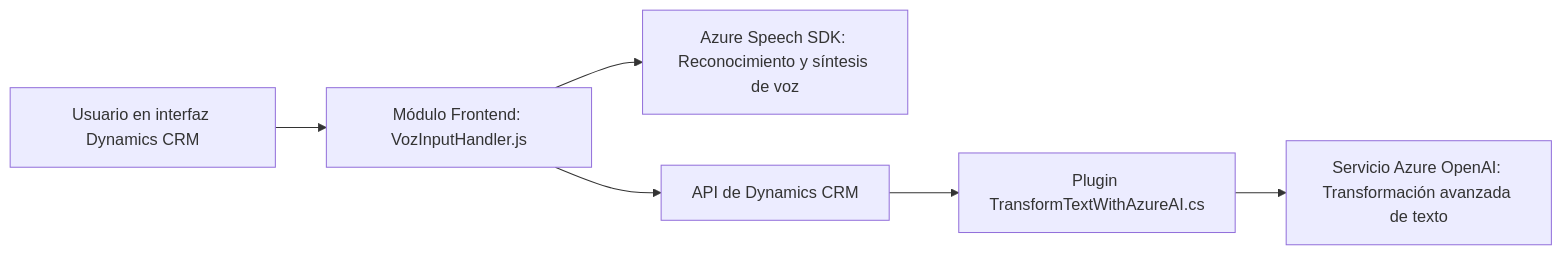
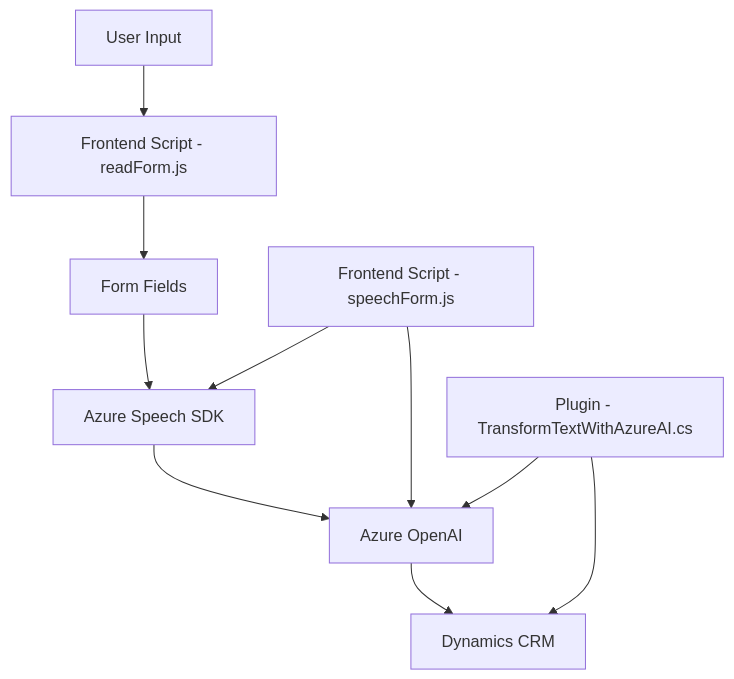
The diagram in README.md (blopezdm/NETCORE_BILBAO2025), drawn with Mermaid before and after one commit. The commit also changed other lines of this file, not shown here.

````diff
--- a/README.md
+++ b/README.md
@@ -47,8 +35,21 @@
 ```mermaid
-graph LR
-    UI["Usuario en interfaz Dynamics CRM"] --> JS["Módulo Frontend: VozInputHandler.js"]
-    JS --> SpeechSDK["Azure Speech SDK: Reconocimiento y síntesis de voz"]
-    JS --> CRM_API["API de Dynamics CRM"]
-    CRM_API --> Plugin["Plugin TransformTextWithAzureAI.cs"]
-    Plugin --> OpenAI["Servicio Azure OpenAI: Transformación avanzada de texto"]
+graph TD
+    A["Frontend Script - readForm.js"]
+    B["Frontend Script - speechForm.js"]
+    C["Plugin - TransformTextWithAzureAI.cs"]
+    D["User Input"]
+    E["Form Fields"]
+    F["Azure Speech SDK"]
+    G["Azure OpenAI"]
+    H["Dynamics CRM"]
+    
+    D --> A
+    A --> E
+    E --> F
+    F --> G
+    B --> F
+    B --> G
+    G --> H
+    C --> H
+    C --> G
 ```
````
